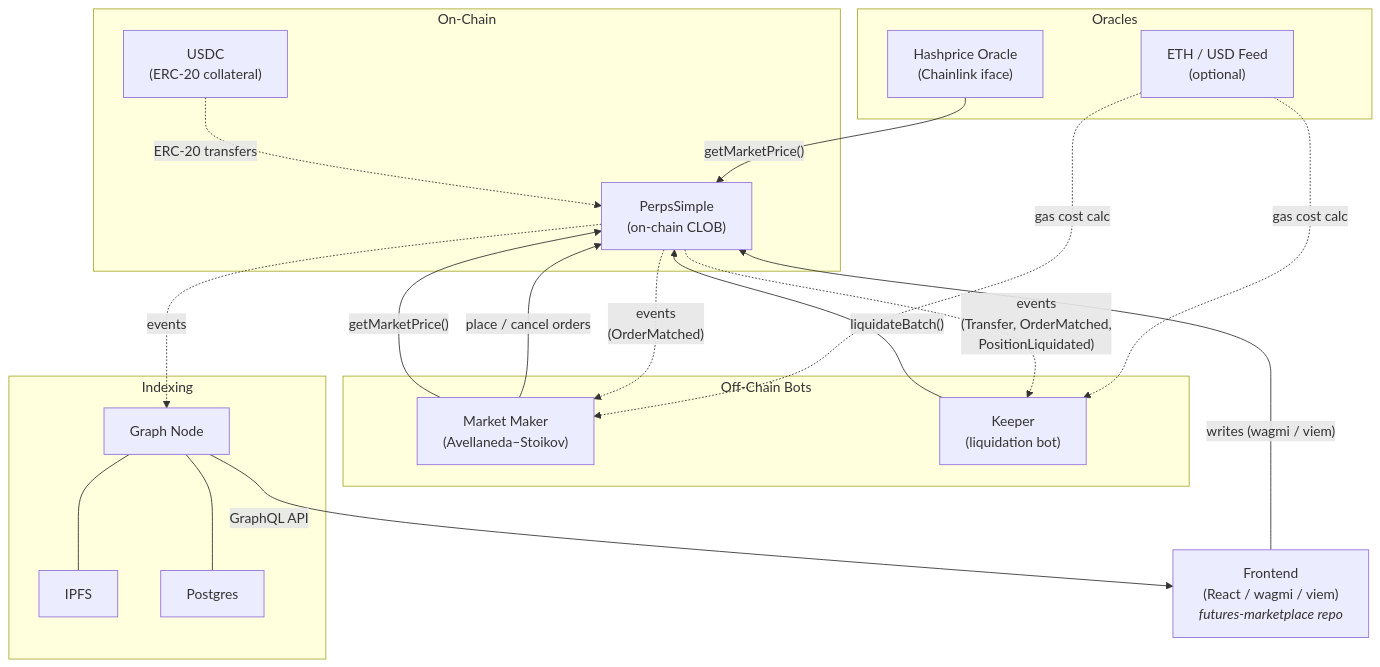
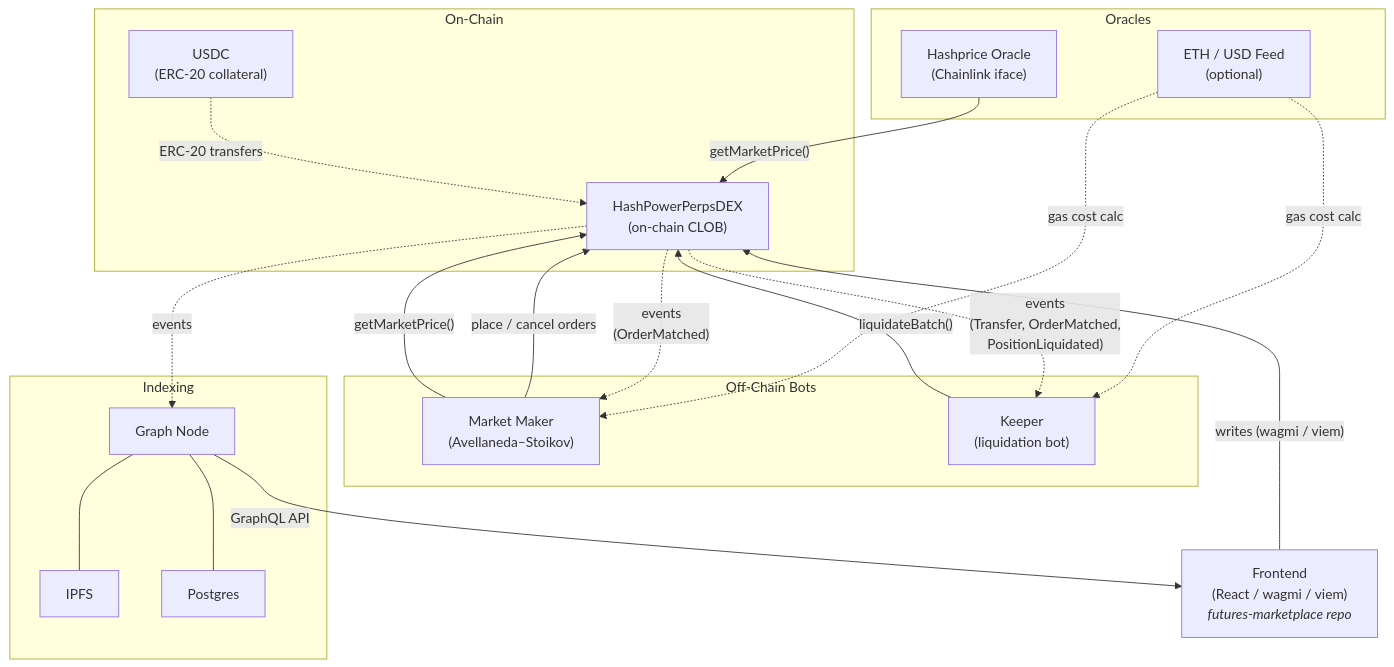
Before and after one commit to Lumerin-protocol/derivatives-marketplace: the diagram in README.md, drawn with Mermaid. The commit also changed other lines of this file and 68 other files, not shown here.

````diff
--- a/README.md
+++ b/README.md
@@ -7,45 +7,45 @@
 ```mermaid
 graph TD
   subgraph Oracles
     HP["Hashprice Oracle<br/>(Chainlink iface)"]
     ETH["ETH / USD Feed<br/>(optional)"]
   end
 
   subgraph On-Chain
-    Contract["PerpsSimple<br/>(on-chain CLOB)"]
+    Contract["HashPowerPerpsDEX<br/>(on-chain CLOB)"]
     Collateral["USDC<br/>(ERC-20 collateral)"]
   end
 
   subgraph Off-Chain Bots
     MM["Market Maker<br/>(Avellaneda–Stoikov)"]
     Keeper["Keeper<br/>(liquidation bot)"]
   end
 
   subgraph Indexing
     GraphNode["Graph Node"]
     IPFS["IPFS"]
     Postgres["Postgres"]
   end
 
   Frontend["Frontend<br/>(React / wagmi / viem)<br/><i>futures-marketplace repo</i>"]
 
   HP -- "getMarketPrice()" --> Contract
   ETH -. "gas cost calc" .-> MM
   ETH -. "gas cost calc" .-> Keeper
 
   MM -- "place / cancel orders" --> Contract
   Contract -. "events<br/>(OrderMatched)" .-> MM
   MM -- "getMarketPrice()" --> Contract
 
   Keeper -- "liquidateBatch()" --> Contract
   Contract -. "events<br/>(Transfer, OrderMatched,<br/>PositionLiquidated)" .-> Keeper
 
   Collateral -. "ERC-20 transfers" .-> Contract
 
   Contract -. "events" .-> GraphNode
   GraphNode --- IPFS
   GraphNode --- Postgres
   GraphNode -- "GraphQL API" --> Frontend
 
   Frontend -- "writes (wagmi / viem)" --> Contract
 ```
````
